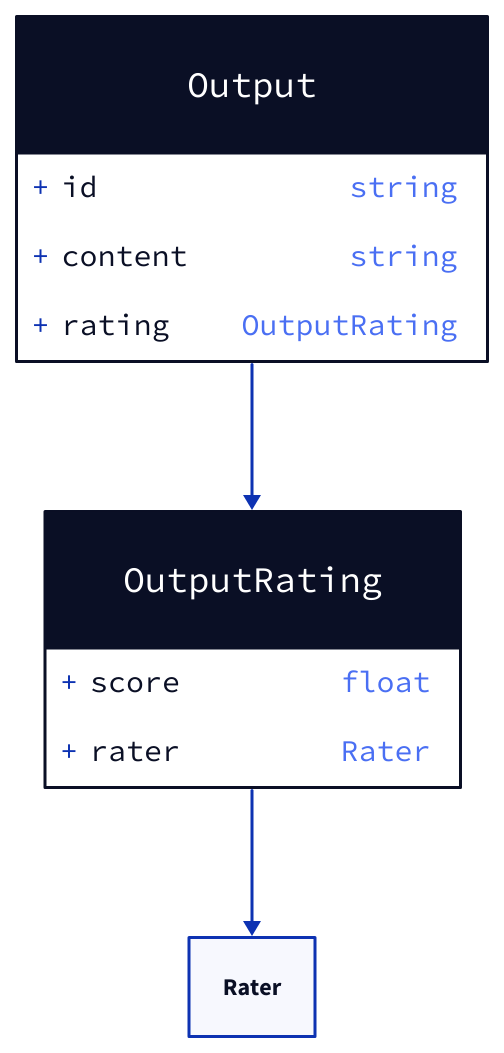
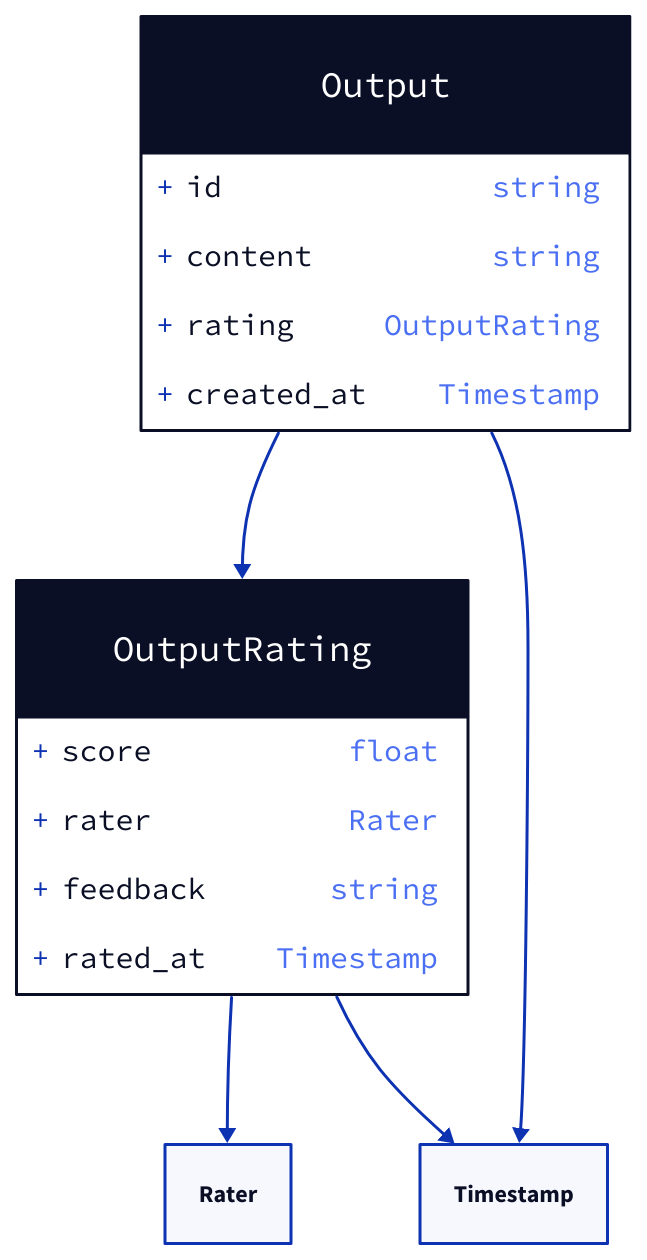
The diagram in proto/llm/v1/output.d2 (tmc/language-model-management), drawn with D2 before and after one commit. The commit also changed 17 other files, not shown here.

```diff
--- a/proto/llm/v1/output.d2
+++ b/proto/llm/v1/output.d2
@@ -1,19 +1,24 @@
 
 # Package - llm.v1
 
 # Class - Output
 Output: {
   shape: class
   id: string
   content: string
   rating: OutputRating
+  created_at: Timestamp
 }
 Output -> OutputRating
+Output -> Timestamp
 
 # Class - OutputRating
 OutputRating: {
   shape: class
   score: float
   rater: Rater
+  feedback: string
+  rated_at: Timestamp
 }
 OutputRating -> Rater
+OutputRating -> Timestamp
```
